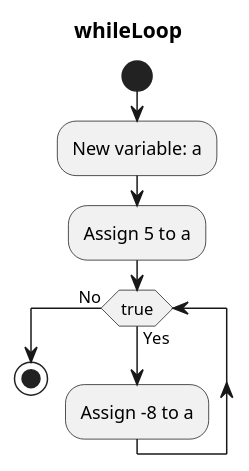
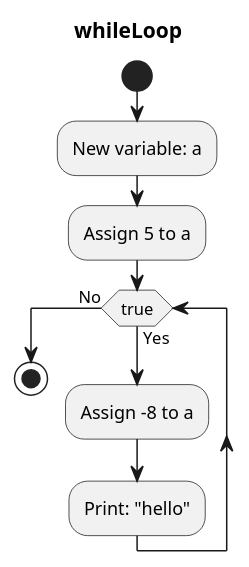
One commit to afmoyar/Java-Documentator changed the third of 4 diagrams in Java-documentator/Documentation/Method_doWhileLoop_diagram.puml. Above: the diagram before and after it, drawn with PlantUML. The commit also changed 4 other files, not shown here.

```diff
--- a/Java-documentator/Documentation/Method_doWhileLoop_diagram.puml
+++ b/Java-documentator/Documentation/Method_doWhileLoop_diagram.puml
@@ -31,10 +31,11 @@
 @startuml
 title whileLoop
 start
 :New variable: a;
 :Assign 5 to a;
 while (true) is (Yes)
 :Assign -8 to a;
+:Print: "hello";
 endwhile (No)
 stop
 @enduml
```
